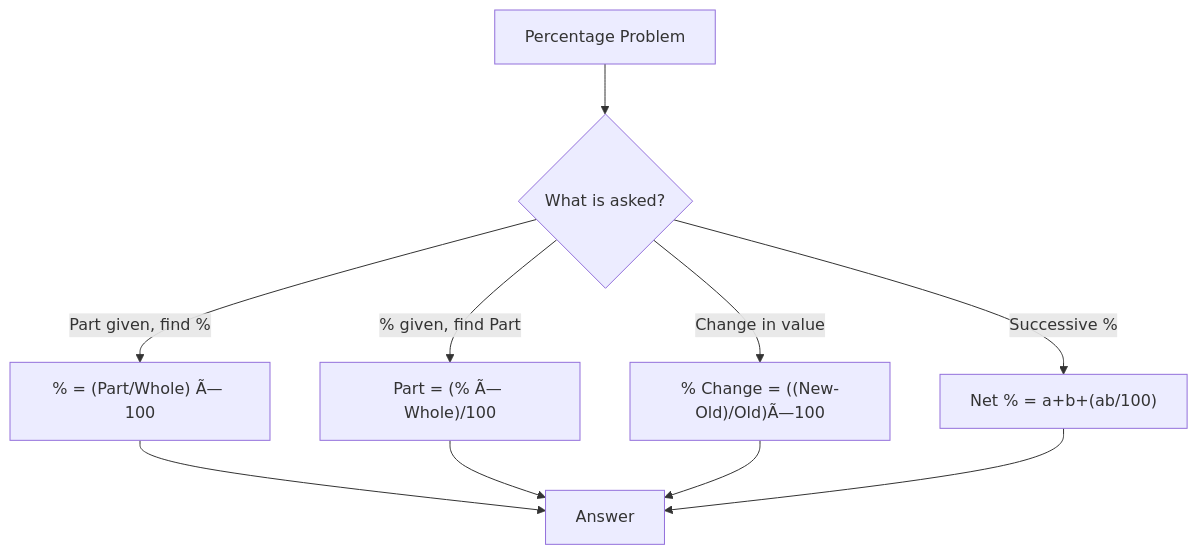
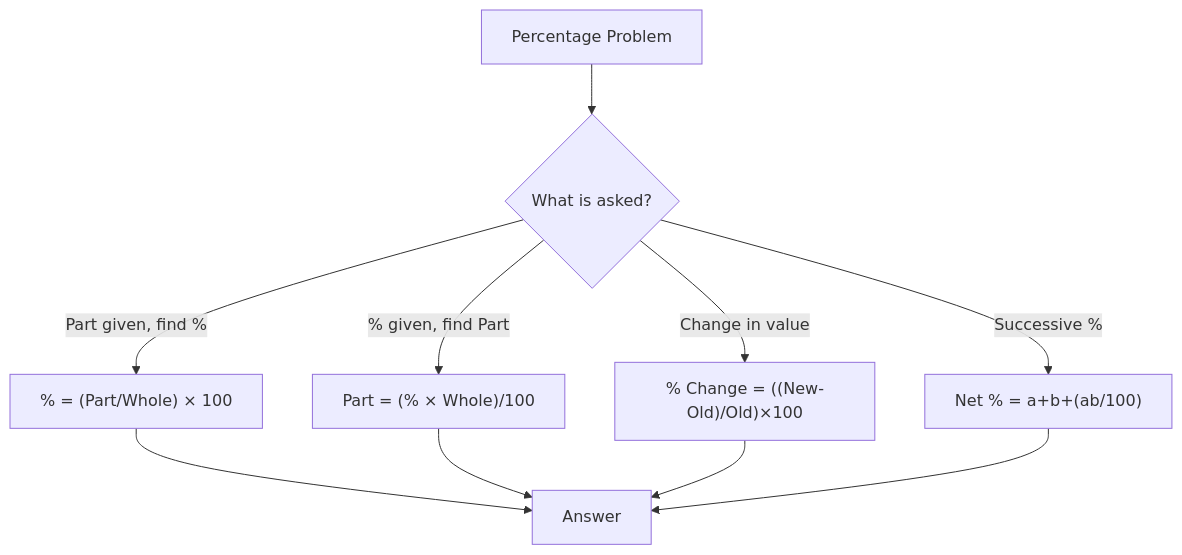
The first of 11 diagrams in docs/courses/quantitative-aptitude/01-arithmetic-foundation.md (Raushan666java/ai-engineering-journey), drawn with Mermaid before and after one commit. The commit also changed other lines of this file and 965 other files, not shown here.

````diff
--- a/docs/courses/quantitative-aptitude/01-arithmetic-foundation.md
+++ b/docs/courses/quantitative-aptitude/01-arithmetic-foundation.md
@@ -237,12 +237,12 @@
 ```mermaid
 flowchart TD
     A["Percentage Problem"] --> B{"What is asked?"}
-    B -->|"Part given, find %"| C["% = (Part/Whole) Ã— 100"]
-    B -->|"% given, find Part"| D["Part = (% Ã— Whole)/100"]
-    B -->|"Change in value"| E["% Change = ((New-Old)/Old)Ã—100"]
+    B -->|"Part given, find %"| C["% = (Part/Whole) × 100"]
+    B -->|"% given, find Part"| D["Part = (% × Whole)/100"]
+    B -->|"Change in value"| E["% Change = ((New-Old)/Old)×100"]
     B -->|"Successive %"| F["Net % = a+b+(ab/100)"]
     C --> G["Answer"]
     D --> G
     E --> G
     F --> G
 ```
````
